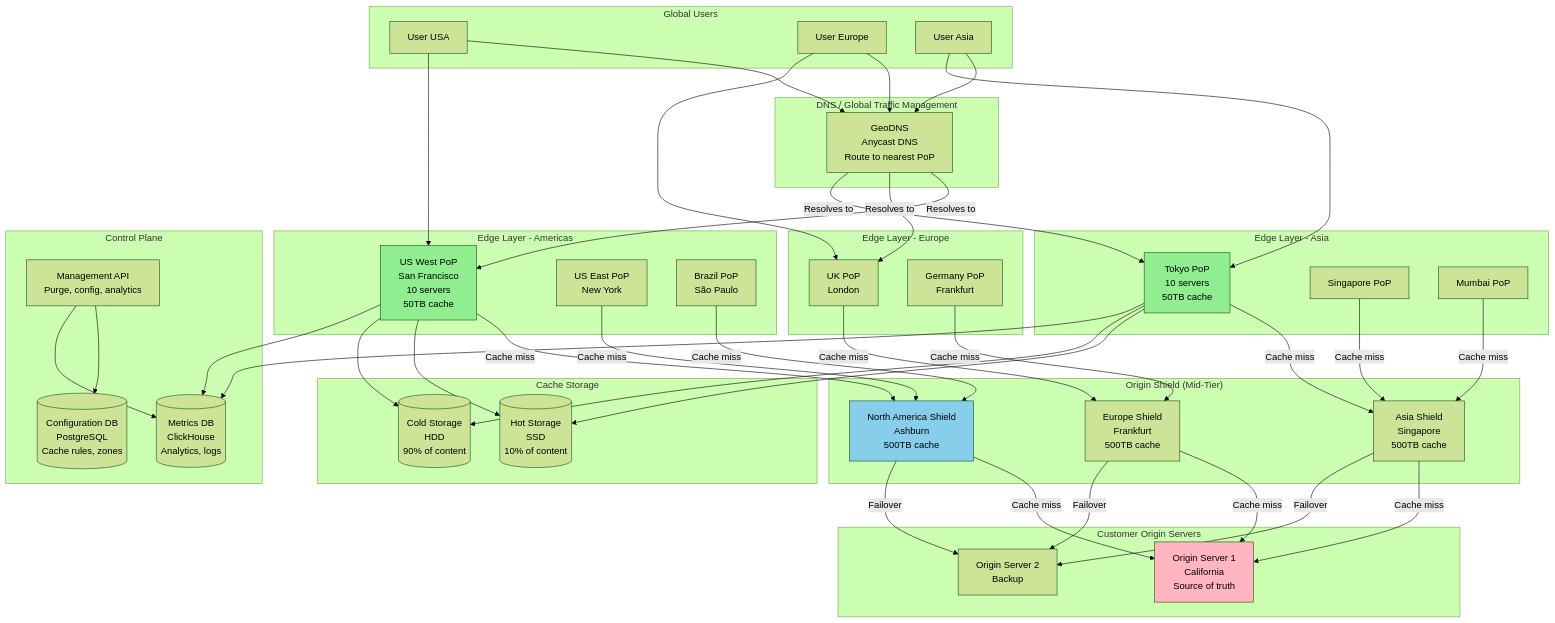
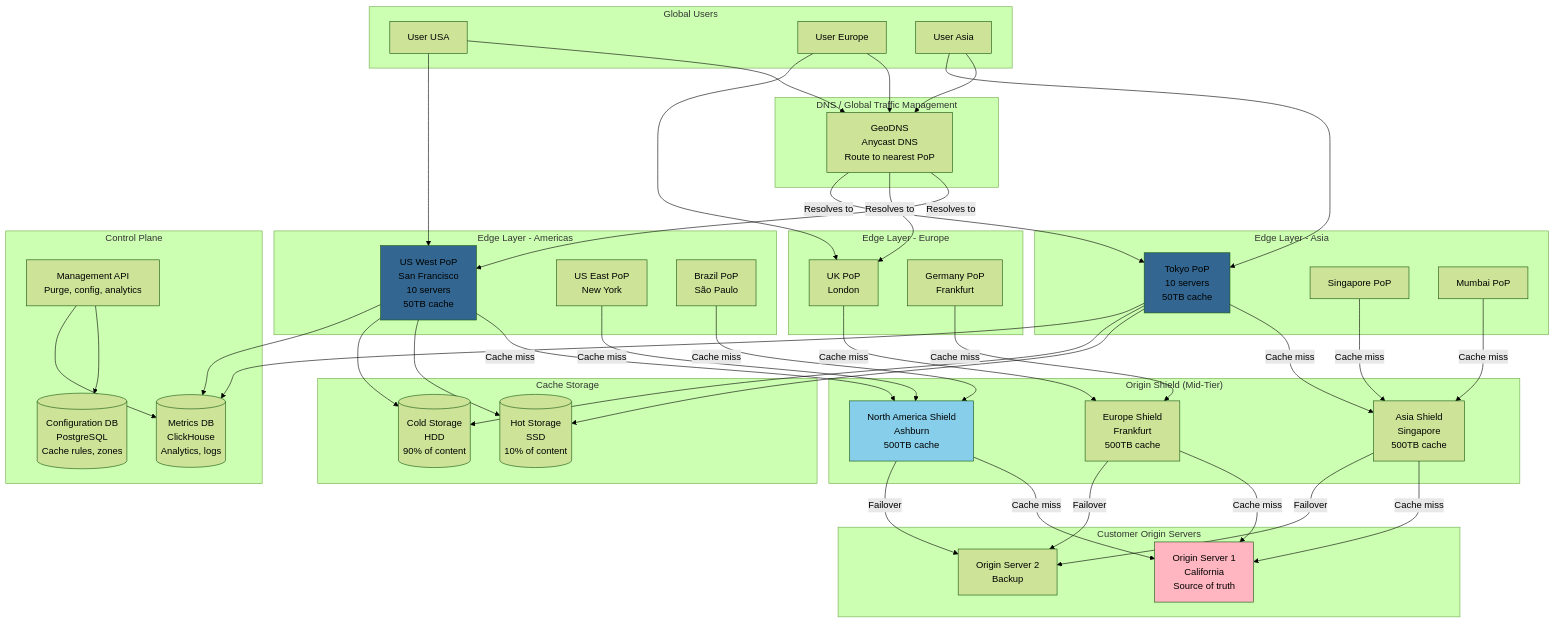
Before and after one commit to atulRanaa/problem-solving: the second of 2 diagrams in Distributed Systems/System Design/Content Delivery Network (CDN).md, drawn with Mermaid (forest theme). The commit also changed 22 other files, not shown here.

````diff
--- a/Distributed Systems/System Design/Content Delivery Network (CDN).md
+++ b/Distributed Systems/System Design/Content Delivery Network (CDN).md
@@ -385,82 +385,82 @@
 ```mermaid
 graph TB
     subgraph "Global Users"
         U1[User USA]
         U2[User Europe]
         U3[User Asia]
     end
     
     subgraph "DNS / Global Traffic Management"
         GEODNS[GeoDNS<br/>Anycast DNS<br/>Route to nearest PoP]
     end
     
     subgraph "Edge Layer - Americas"
         POP_US_WEST[US West PoP<br/>San Francisco<br/>10 servers<br/>50TB cache]
         POP_US_EAST[US East PoP<br/>New York]
         POP_BRAZIL[Brazil PoP<br/>São Paulo]
     end
     
     subgraph "Edge Layer - Europe"
         POP_UK[UK PoP<br/>London]
         POP_GERMANY[Germany PoP<br/>Frankfurt]
     end
     
     subgraph "Edge Layer - Asia"
         POP_TOKYO[Tokyo PoP<br/>10 servers<br/>50TB cache]
         POP_SINGAPORE[Singapore PoP]
         POP_MUMBAI[Mumbai PoP]
     end
     
     subgraph "Origin Shield (Mid-Tier)"
         SHIELD_NA[North America Shield<br/>Ashburn<br/>500TB cache]
         SHIELD_EU[Europe Shield<br/>Frankfurt<br/>500TB cache]
         SHIELD_ASIA[Asia Shield<br/>Singapore<br/>500TB cache]
     end
     
     subgraph "Customer Origin Servers"
         ORIGIN1[Origin Server 1<br/>California<br/>Source of truth]
         ORIGIN2[Origin Server 2<br/>Backup]
     end
     
     subgraph "Control Plane"
         API[Management API<br/>Purge, config, analytics]
         CONFIG[(Configuration DB<br/>PostgreSQL<br/>Cache rules, zones)]
         METRICS[(Metrics DB<br/>ClickHouse<br/>Analytics, logs)]
     end
     
     subgraph "Cache Storage"
         STORAGE1[(Hot Storage<br/>SSD<br/>10% of content)]
         STORAGE2[(Cold Storage<br/>HDD<br/>90% of content)]
     end
     
     U1 --> GEODNS
     U2 --> GEODNS
     U3 --> GEODNS
     
     GEODNS -->|Resolves to| POP_US_WEST
     GEODNS -->|Resolves to| POP_UK
     GEODNS -->|Resolves to| POP_TOKYO
     
     U1 --> POP_US_WEST
     U2 --> POP_UK
     U3 --> POP_TOKYO
     
     POP_US_WEST & POP_US_EAST & POP_BRAZIL -->|Cache miss| SHIELD_NA
     POP_UK & POP_GERMANY -->|Cache miss| SHIELD_EU
     POP_TOKYO & POP_SINGAPORE & POP_MUMBAI -->|Cache miss| SHIELD_ASIA
     
     SHIELD_NA & SHIELD_EU & SHIELD_ASIA -->|Cache miss| ORIGIN1
     SHIELD_NA & SHIELD_EU & SHIELD_ASIA -->|Failover| ORIGIN2
     
     POP_US_WEST & POP_TOKYO --> STORAGE1
     POP_US_WEST & POP_TOKYO --> STORAGE2
     
     API --> CONFIG
     POP_US_WEST & POP_TOKYO --> METRICS
     API --> METRICS
     
-    style POP_US_WEST fill:#90EE90
-    style POP_TOKYO fill:#90EE90
+    style POP_US_WEST fill:#336791
+    style POP_TOKYO fill:#336791
     style SHIELD_NA fill:#87CEEB
     style ORIGIN1 fill:#FFB6C1
 ```
````
